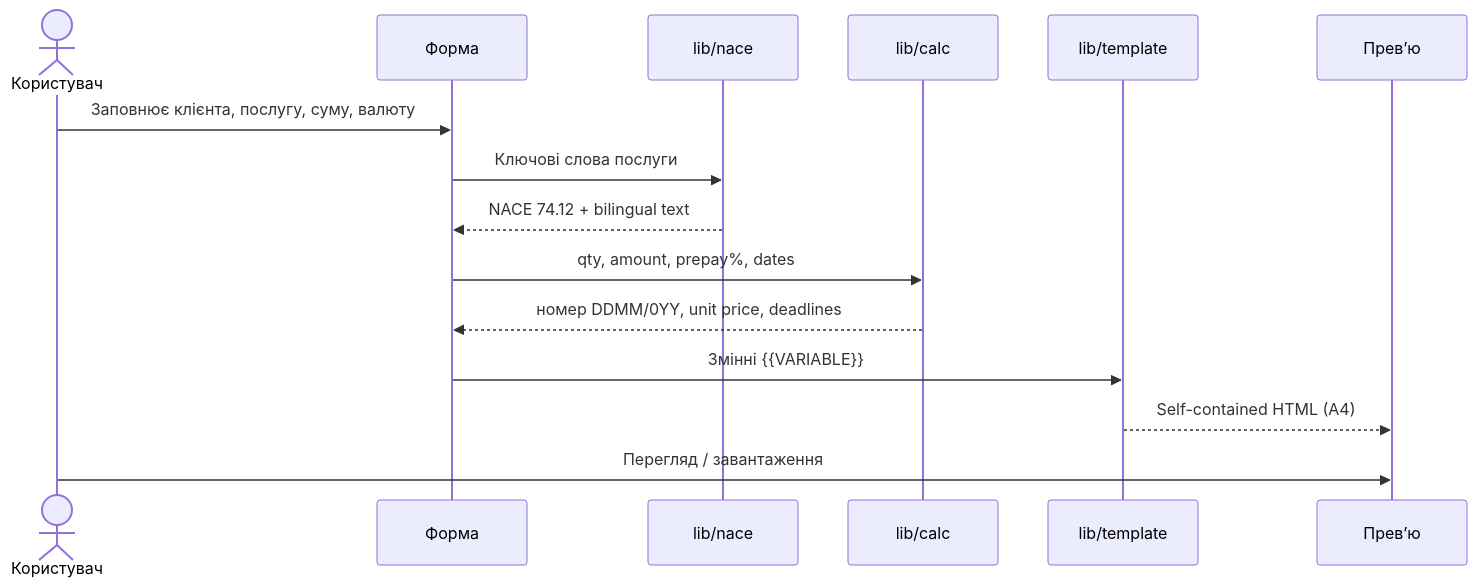
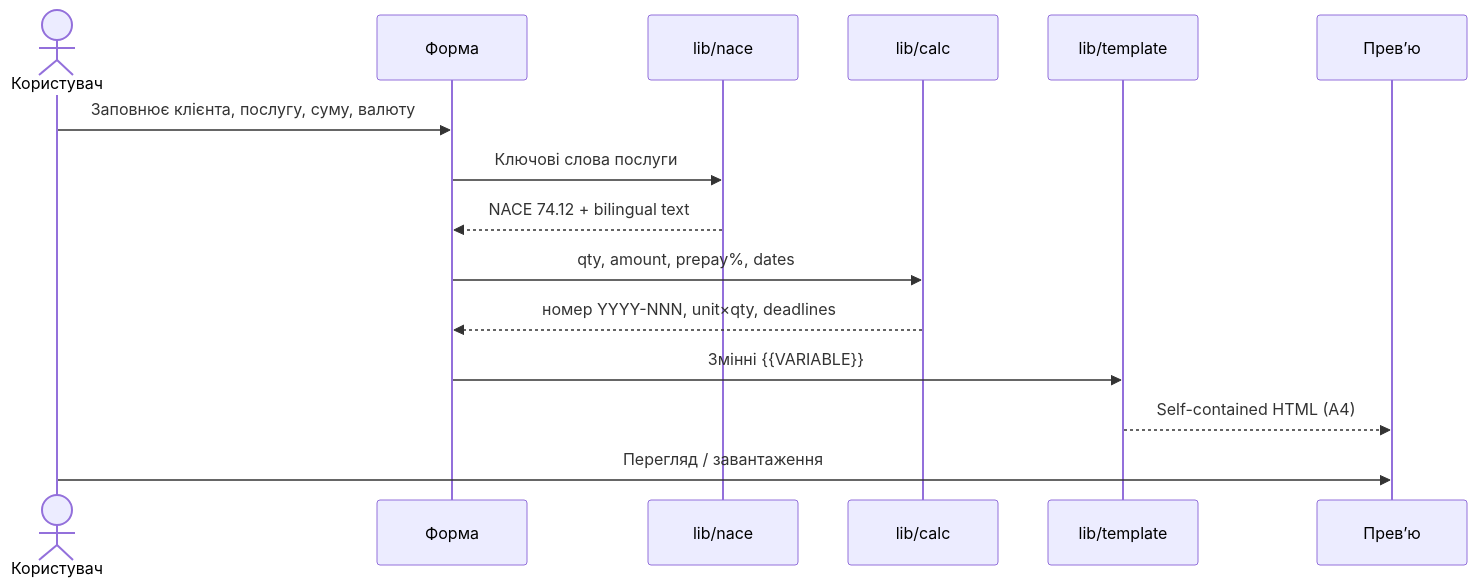
The ninth of 10 diagrams in README.md (eresemai/2026-fwdays-agentic-greenfield-task-INVOICE-MAKER-2026), drawn with Mermaid before and after one commit. The commit also changed other lines of this file and 11 other files, not shown here.

````diff
--- a/README.md
+++ b/README.md
@@ -455,18 +456,18 @@
 ```mermaid
 sequenceDiagram
   actor User as Користувач
   participant Form as Форма
   participant NACE as lib/nace
   participant Calc as lib/calc
   participant Tpl as lib/template
   participant Preview as Превʼю
 
   User->>Form: Заповнює клієнта, послугу, суму, валюту
   Form->>NACE: Ключові слова послуги
   NACE-->>Form: NACE 74.12 + bilingual text
   Form->>Calc: qty, amount, prepay%, dates
-  Calc-->>Form: номер DDMM/0YY, unit price, deadlines
+  Calc-->>Form: номер YYYY-NNN, unit×qty, deadlines
   Form->>Tpl: Змінні {{VARIABLE}}
   Tpl-->>Preview: Self-contained HTML (A4)
   User->>Preview: Перегляд / завантаження
 ```
````
